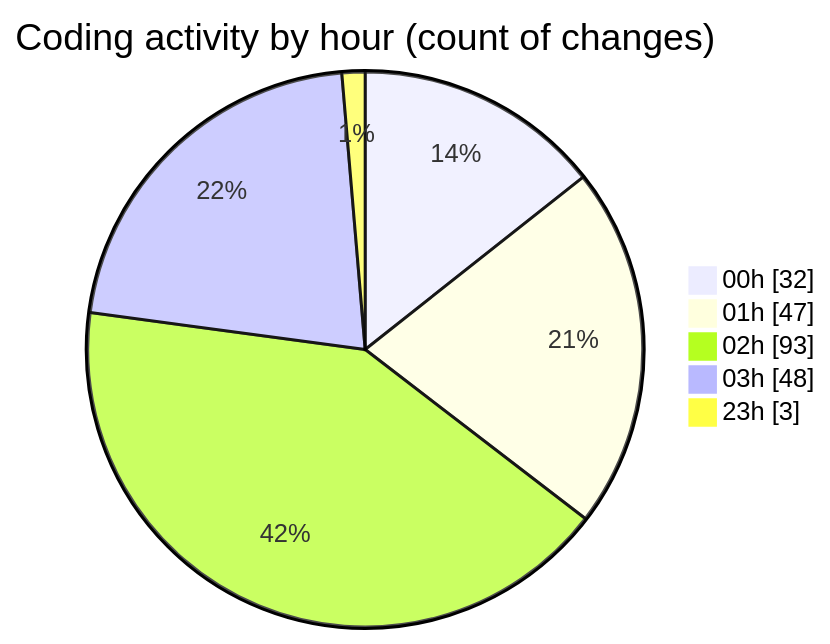
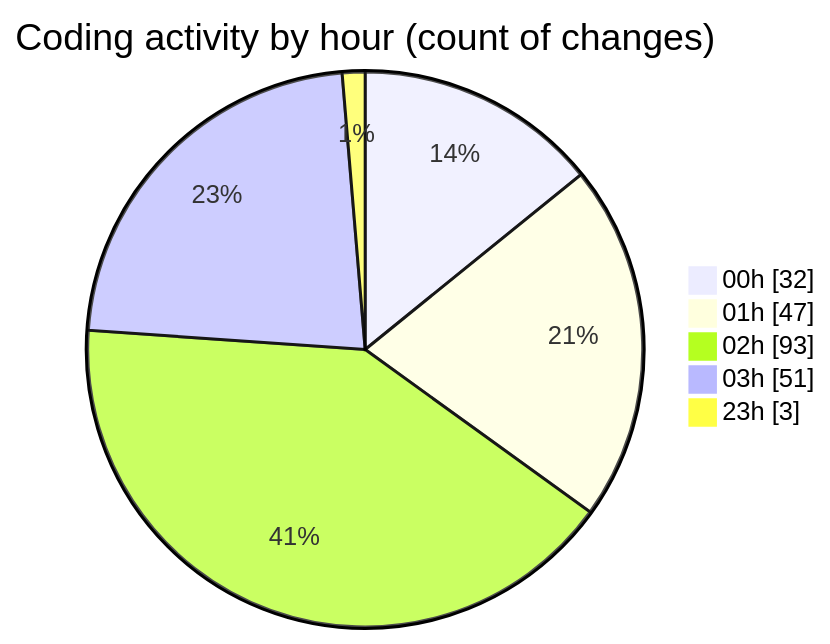
One commit to lephambinh05/code-tracking changed the second of 2 diagrams in 2025-07-28/quanlyrapchieuphim-1/README.md. Above: the diagram before and after it, drawn with Mermaid. The commit also changed other lines of this file and 1 other file, not shown here.

````diff
--- a/2025-07-28/quanlyrapchieuphim-1/README.md
+++ b/2025-07-28/quanlyrapchieuphim-1/README.md
@@ -53,9 +53,9 @@
 ```mermaid
 pie showData
 title Coding activity by hour (count of changes)
 "00h" : 32
 "01h" : 47
 "02h" : 93
-"03h" : 48
+"03h" : 51
 "23h" : 3
 ```
````
